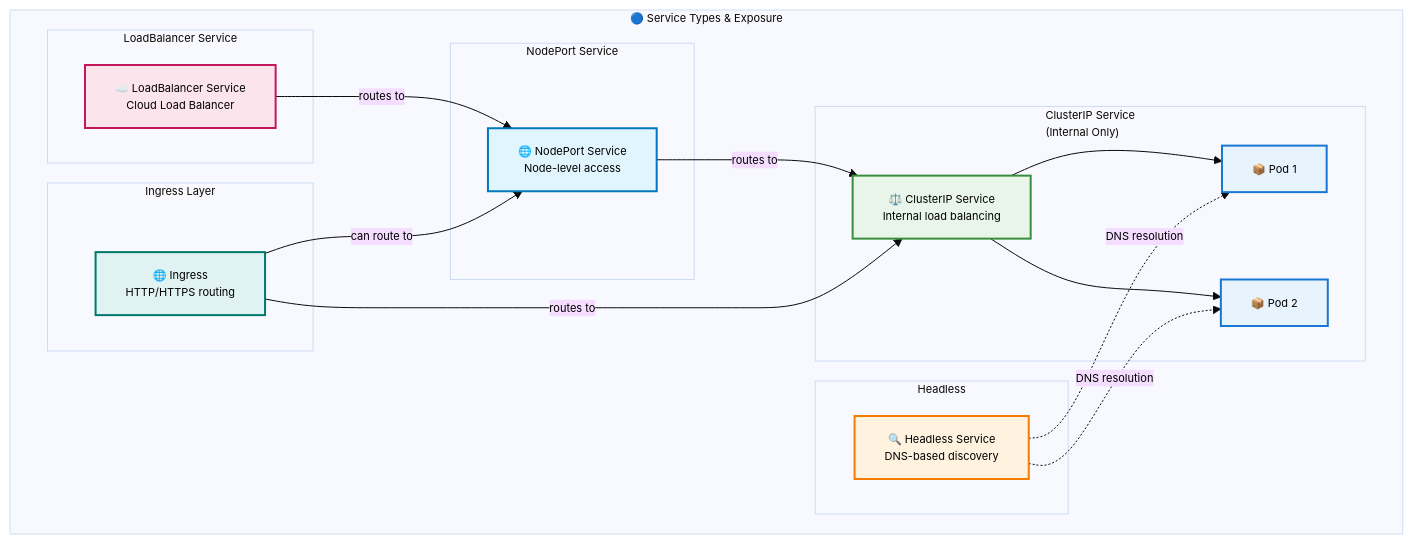
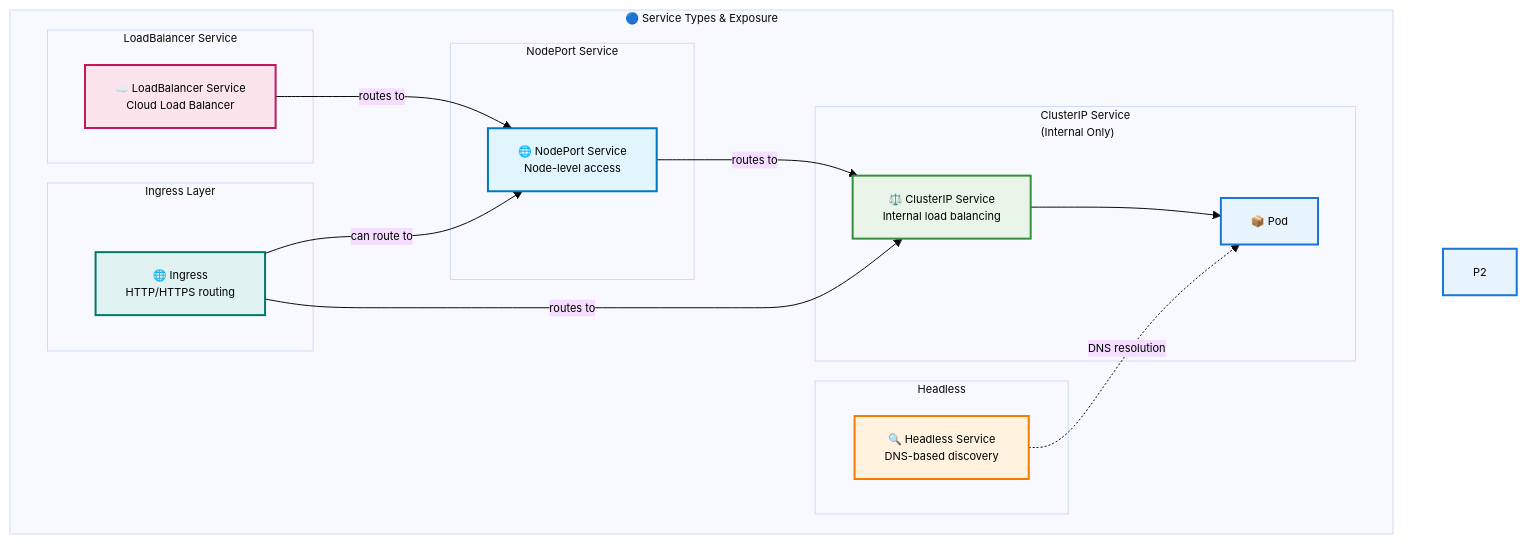
One commit to razkevich/system_design_course changed the fourth of 13 diagrams in 1.4_distributed_systems/kubernetes_resource_hierarchy_guide.md. Above: the diagram before and after it, drawn with Mermaid.

Commit message:
exactly once

````diff
--- a/1.4_distributed_systems/kubernetes_resource_hierarchy_guide.md
+++ b/1.4_distributed_systems/kubernetes_resource_hierarchy_guide.md
@@ -137,48 +137,46 @@
 ```mermaid
 %%{init: {'theme':'base', 'themeVariables': { 'primaryTextColor': '#000', 'fontSize': '11px'}}}%%
 flowchart TD
     subgraph "🔵 Service Types & Exposure"
         
         subgraph "ClusterIP Service <br/>(Internal Only)"
             ClusterIP["⚖️ ClusterIP Service<br/>Internal load balancing"]
-            ClusterIP --> P1["📦 Pod 1"]
-            ClusterIP --> P2["📦 Pod 2"]
+            ClusterIP --> P1["📦 Pod"]
         end
         
         subgraph "Headless"
             HeadlessService["🔍 Headless Service<br/>DNS-based discovery"]
         end
         
         subgraph "NodePort Service"
             NodePort["🌐 NodePort Service<br/>Node-level access"]
             NodePort -->|"routes to"| ClusterIP
         end
         
         subgraph "LoadBalancer Service"
             LoadBalancer["☁️ LoadBalancer Service<br/>Cloud Load Balancer"]
             LoadBalancer -->|"routes to"| NodePort
         end
         
         subgraph "Ingress Layer"
             IngressRoute["🌐 Ingress<br/>HTTP/HTTPS routing"]
             IngressRoute -->|"routes to"| ClusterIP
             IngressRoute -->|"can route to"| NodePort
         end
         
         subgraph "Headless"
             HeadlessService["🔍 Headless Service<br/>DNS-based discovery"]
         end
         
-        %% Headless service references existing pods
+        %% Headless service references existing pod
         HeadlessService -.->|"DNS resolution"| P1
-        HeadlessService -.->|"DNS resolution"| P2
     end
     
     style ClusterIP fill:#e8f5e8,stroke:#388e3c,stroke-width:2px,color:#000
     style NodePort fill:#e1f5fe,stroke:#0277bd,stroke-width:2px,color:#000
     style LoadBalancer fill:#fce4ec,stroke:#c2185b,stroke-width:2px,color:#000
     style HeadlessService fill:#fff3e0,stroke:#f57c00,stroke-width:2px,color:#000
     style IngressRoute fill:#e0f2f1,stroke:#00796b,stroke-width:2px,color:#000
     style P1 fill:#e8f4fd,stroke:#1976d2,stroke-width:2px,color:#000
     style P2 fill:#e8f4fd,stroke:#1976d2,stroke-width:2px,color:#000
 ```
````
